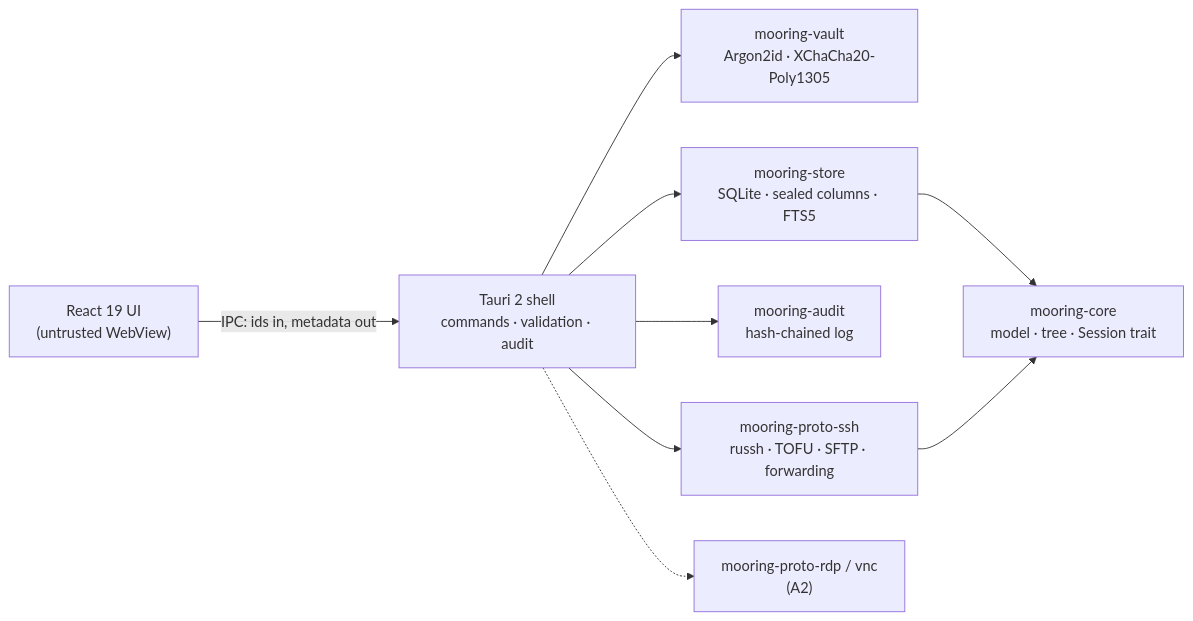
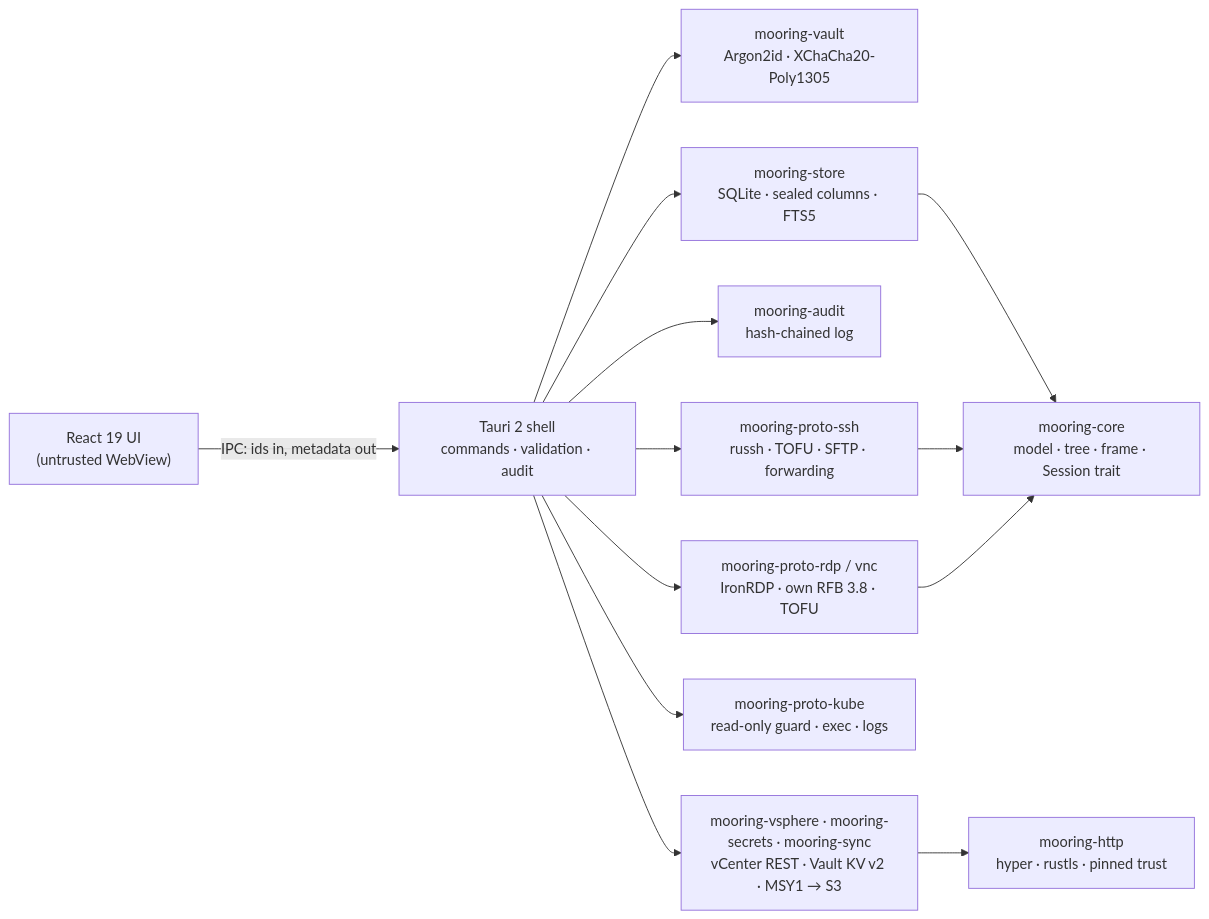
The diagram in README.md (yyasar21/Mooring), drawn with Mermaid before and after one commit. The commit also changed other lines of this file, not shown here.

Commit message:
docs(readme): architecture diagram and ADR list cover the A2/A3 crates

````diff
--- a/README.md
+++ b/README.md
@@ -193,11 +193,15 @@
 ```mermaid
 flowchart LR
   UI["React 19 UI<br/>(untrusted WebView)"] -- "IPC: ids in, metadata out" --> Tauri["Tauri 2 shell<br/>commands · validation · audit"]
   Tauri --> Vault["mooring-vault<br/>Argon2id · XChaCha20-Poly1305"]
   Tauri --> Store["mooring-store<br/>SQLite · sealed columns · FTS5"]
   Tauri --> Audit["mooring-audit<br/>hash-chained log"]
   Tauri --> SSH["mooring-proto-ssh<br/>russh · TOFU · SFTP · forwarding"]
-  Tauri -.-> RDP["mooring-proto-rdp / vnc<br/>(A2)"]
-  Store --> Core["mooring-core<br/>model · tree · Session trait"]
+  Tauri --> RDP["mooring-proto-rdp / vnc<br/>IronRDP · own RFB 3.8 · TOFU"]
+  Tauri --> Kube["mooring-proto-kube<br/>read-only guard · exec · logs"]
+  Tauri --> Infra["mooring-vsphere · mooring-secrets · mooring-sync<br/>vCenter REST · Vault KV v2 · MSY1 → S3"]
+  Infra --> HTTP["mooring-http<br/>hyper · rustls · pinned trust"]
+  Store --> Core["mooring-core<br/>model · tree · frame · Session trait"]
   SSH --> Core
+  RDP --> Core
 ```
````
